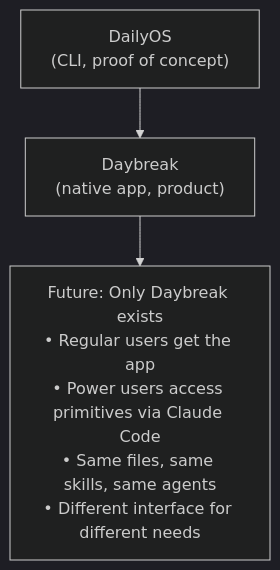
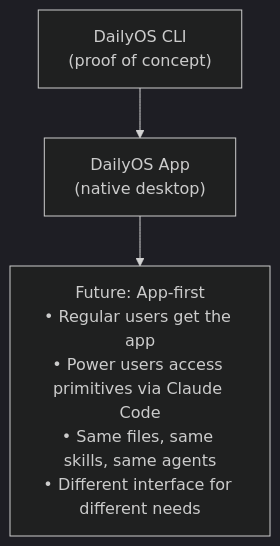
One commit to jamesgiroux/daily-operating-system changed the diagram in daybreak/docs/VISION.md. Above: the diagram before and after it, drawn with Mermaid (dark theme). The commit also changed other lines of this file and 6 other files, not shown here.

First line of the commit message:
docs: Fix branding — DailyOS is product name, Daybreak is codename

````diff
--- a/daybreak/docs/VISION.md
+++ b/daybreak/docs/VISION.md
@@ -211,8 +211,7 @@
 ```mermaid
 flowchart TB
-    DailyOS["DailyOS<br/>(CLI, proof of concept)"]
-    Daybreak["Daybreak<br/>(native app, product)"]
-    Future["Future: Only Daybreak exists<br/>• Regular users get the app<br/>• Power users access primitives via Claude Code<br/>• Same files, same skills, same agents<br/>• Different interface for different needs"]
-
-    DailyOS --> Daybreak --> Future
+    CLI["DailyOS CLI<br/>(proof of concept)"]
+    App["DailyOS App<br/>(native desktop)"]
+    Future["Future: App-first<br/>• Regular users get the app<br/>• Power users access primitives via Claude Code<br/>• Same files, same skills, same agents<br/>• Different interface for different needs"]
+    CLI --> App --> Future
 ```
````
